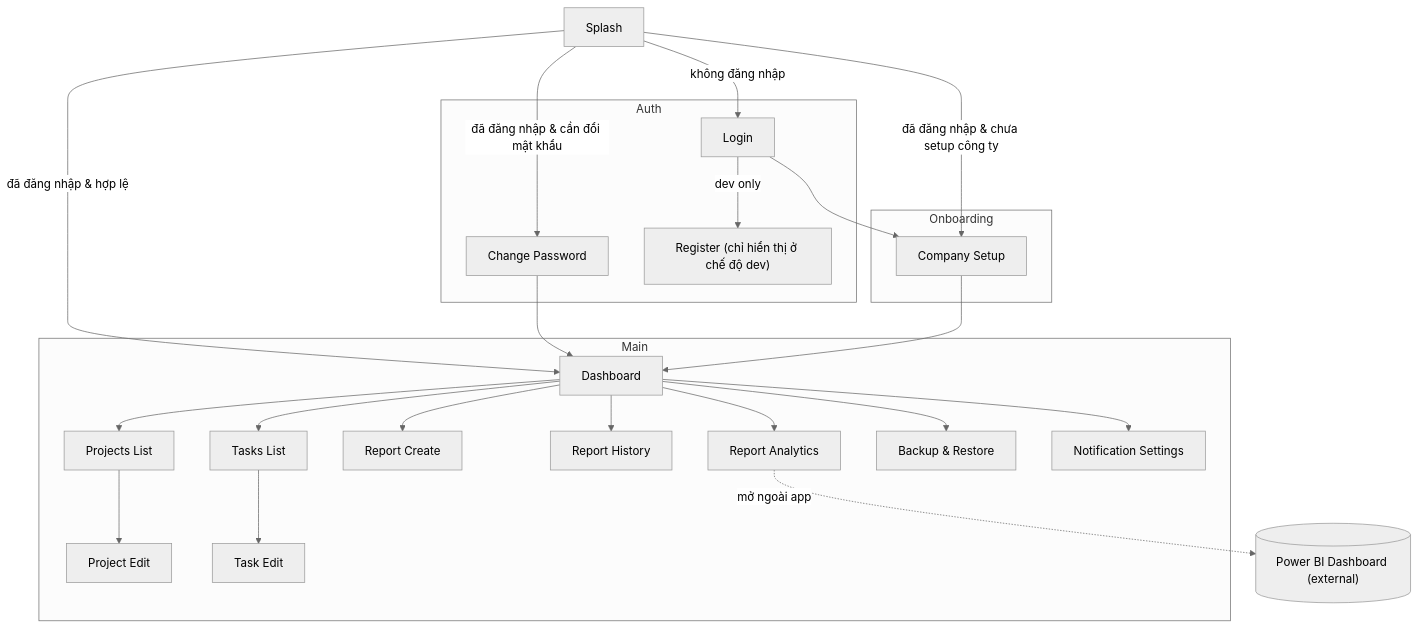
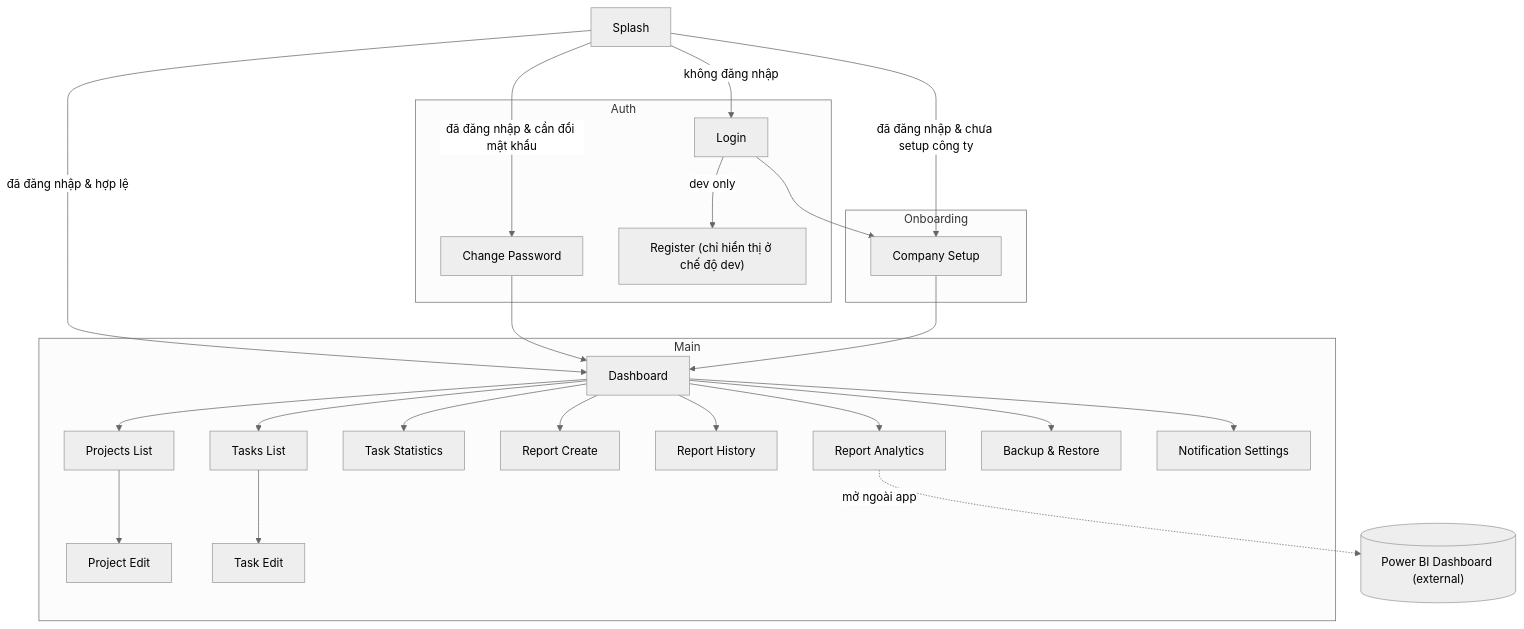
The diagram in docs/APP_DIAGRAM.md (trunhquang/todolist), drawn with Mermaid (neutral theme) before and after one commit. The commit also changed 4 other files, not shown here.

Commit message:
- Thêm màn Task Statistics (UI placeholder) - Đăng ký route /tasks/statistics và gắn từ Dashboard - Bổ sung AppStrings cho Task Statistics - Cập nhật sơ đồ Mermaid trong docs/APP_DIAGRAM.md

````diff
--- a/docs/APP_DIAGRAM.md
+++ b/docs/APP_DIAGRAM.md
@@ -5,53 +5,55 @@
 ```mermaid
 flowchart TD
   Splash["Splash"] --> |không đăng nhập| Login["Login"]
   Splash --> |đã đăng nhập & cần đổi mật khẩu| ChangePassword["Change Password"]
   Splash --> |đã đăng nhập & chưa setup công ty| CompanySetup["Company Setup"]
   Splash --> |đã đăng nhập & hợp lệ| Dashboard["Dashboard"]
 
   %% Auth
   subgraph Auth
     Login
     Register["Register (chỉ hiển thị ở chế độ dev)"]
     ChangePassword
   end
   Login --> |dev only| Register
   Login --> CompanySetup
   ChangePassword --> Dashboard
 
   %% Onboarding
   subgraph Onboarding
     CompanySetup
   end
   CompanySetup --> Dashboard
 
   %% Khu vực chính (Dashboard và các module)
   subgraph Main
     Dashboard
     Projects["Projects List"]
     ProjectEdit["Project Edit"]
     Tasks["Tasks List"]
     TaskEdit["Task Edit"]
+    TaskStats["Task Statistics"]
     ReportsCreate["Report Create"]
     ReportsHistory["Report History"]
     ReportsAnalytics["Report Analytics"]
     BackupRestore["Backup & Restore"]
     NotiSettings["Notification Settings"]
   end
 
   %% Điều hướng từ Dashboard
   Dashboard --> Projects
   Dashboard --> Tasks
   Dashboard --> ReportsCreate
   Dashboard --> ReportsHistory
   Dashboard --> ReportsAnalytics
+  Dashboard --> TaskStats
   Dashboard --> BackupRestore
   Dashboard --> NotiSettings
 
   %% Điều hướng chi tiết
   Projects --> ProjectEdit
   Tasks --> TaskEdit
 
   %% Liên kết ngoài (không phải route)
   ReportsAnalytics -. mở ngoài app .-> PowerBI[("Power BI Dashboard (external)")]
 ```
````
